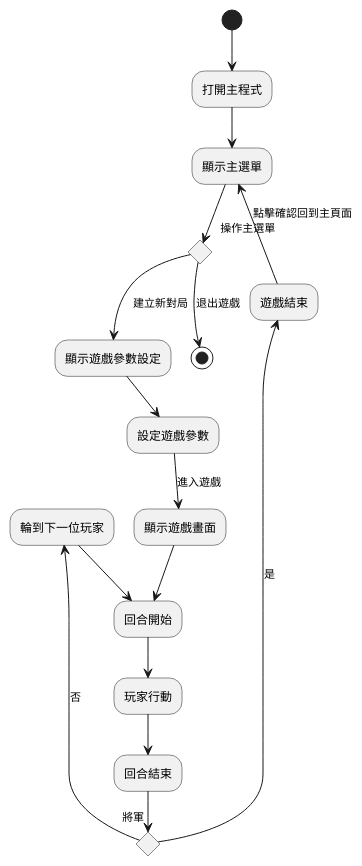
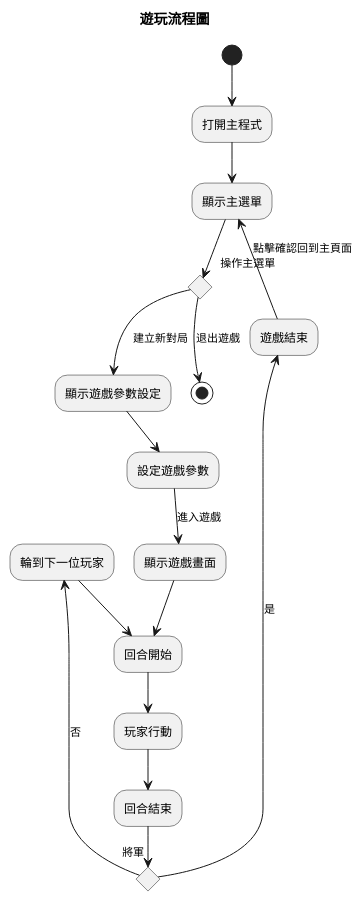
One commit to LoveSnowEx/gungi changed the diagram in uml/play_flow.plantuml. Above: the diagram before and after it, drawn with PlantUML.

Commit message:
Add title to in_game_flow

```diff
--- a/uml/play_flow.plantuml
+++ b/uml/play_flow.plantuml
@@ -1,23 +1,26 @@
 @startuml play flow
+
+title 遊玩流程圖
+
 (*) -down-> "打開主程式"
 -down-> "顯示主選單"
 
 if "操作主選單" then
   -down->[退出遊戲] (*)
 else
   -down->[建立新對局] "顯示遊戲參數設定"
 -down-> "設定遊戲參數"
 -down->[進入遊戲] "顯示遊戲畫面"
 -down-> "回合開始"
 -down-> "玩家行動"
 -down-> "回合結束"
 
 if "將軍" then
   -up->[是] "遊戲結束"
   -up->[點擊確認回到主頁面] "顯示主選單"
 else
   -up->[否] "輪到下一位玩家"
   -down-> "回合開始"
 endif
 
 @enduml
```
